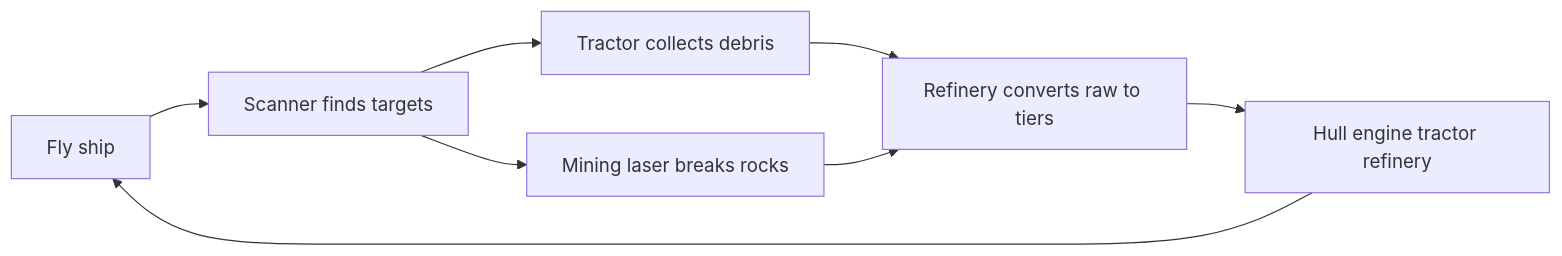
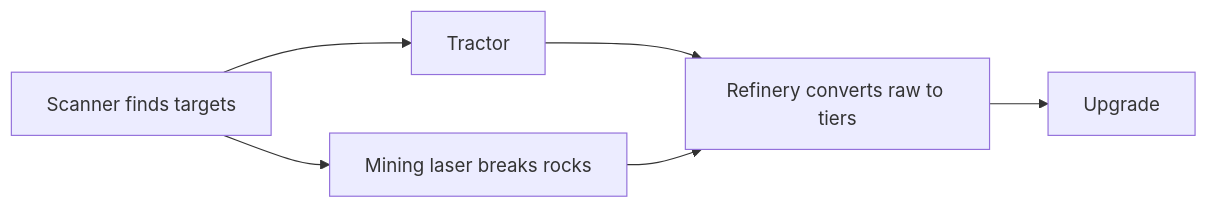
Before and after one commit to ysSemanticSystems/accretion: the second of 2 diagrams in wiki/game-design/resource-loop.md, drawn with Mermaid. The commit also changed other lines of this file and 96 other files, not shown here.

First line of the commit message:
Ship play slice: depot loop, graphics pipeline, and motion polish.

````diff
--- a/wiki/game-design/resource-loop.md
+++ b/wiki/game-design/resource-loop.md
@@ -15,16 +30,11 @@
 ```mermaid
 flowchart LR
-  Fly[Fly ship]
   Scan[Scanner finds targets]
-  Tractor[Tractor collects debris]
   Laser[Mining laser breaks rocks]
   Refine[Refinery converts raw to tiers]
-  Upgrade[Hull engine tractor refinery]
-  Fly --> Scan
   Scan --> Tractor
   Scan --> Laser
   Tractor --> Refine
   Laser --> Refine
   Refine --> Upgrade
-  Upgrade --> Fly
 ```
````
